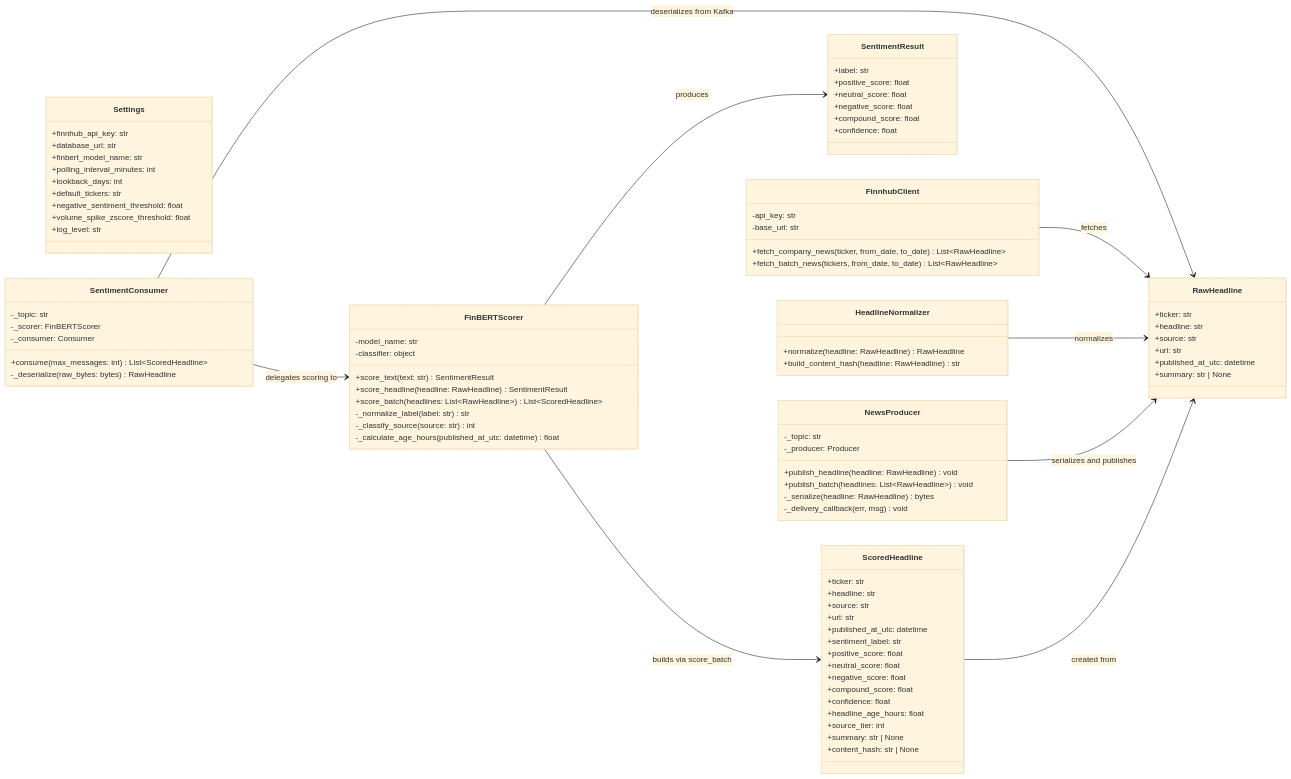
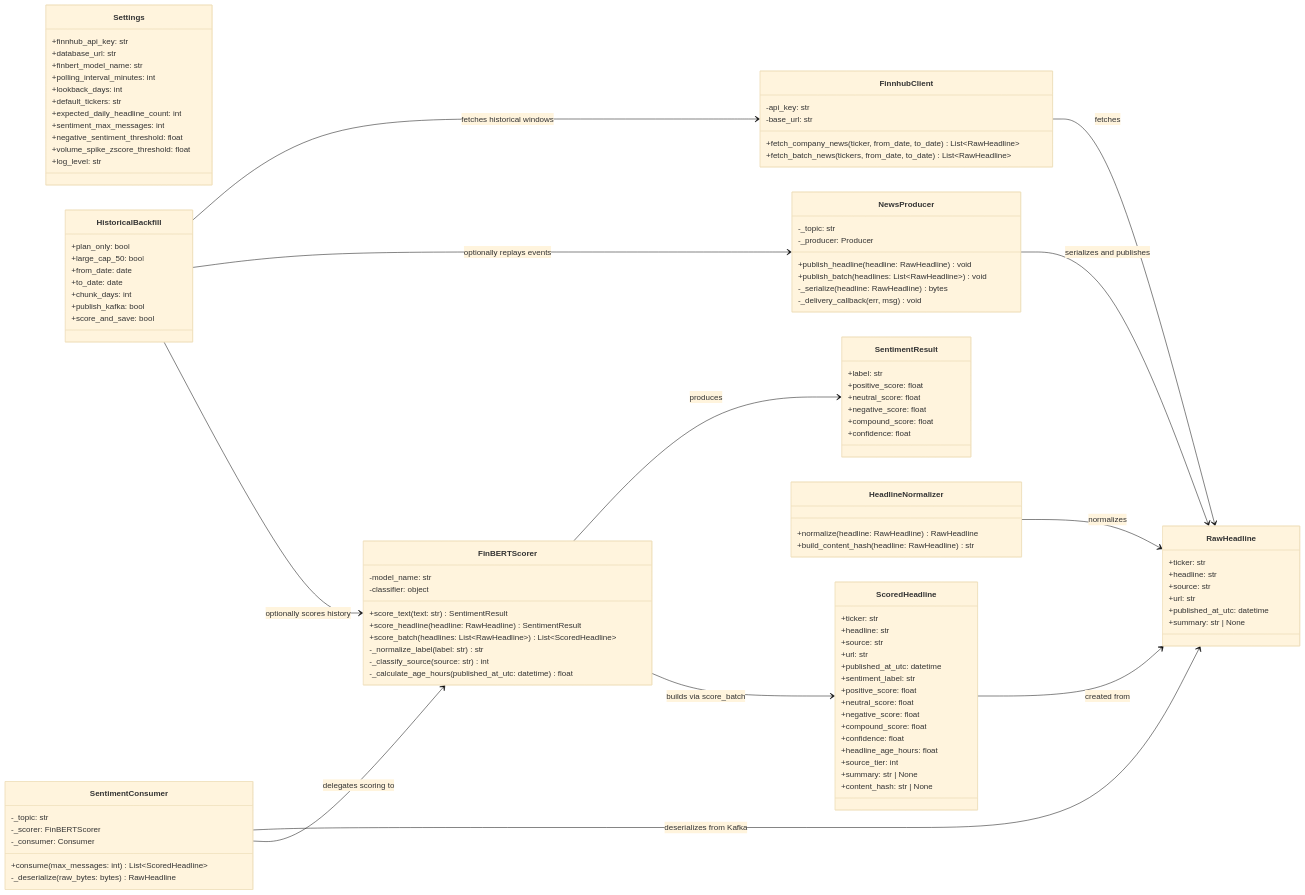
One commit to AdrianCC9/Quicksilver changed the diagram in docs/current.md. Above: the diagram before and after it, drawn with Mermaid (base theme). The commit also changed 30 other files, not shown here.

````diff
--- a/docs/current.md
+++ b/docs/current.md
@@ -10,6 +10,8 @@
   +polling_interval_minutes: int
   +lookback_days: int
   +default_tickers: str
+  +expected_daily_headline_count: int
+  +sentiment_max_messages: int
   +negative_sentiment_threshold: float
   +volume_spike_zscore_threshold: float
   +log_level: str
@@ -91,6 +93,16 @@
   -_deserialize(raw_bytes: bytes) RawHeadline
 }
 
+class HistoricalBackfill {
+  +plan_only: bool
+  +large_cap_50: bool
+  +from_date: date
+  +to_date: date
+  +chunk_days: int
+  +publish_kafka: bool
+  +score_and_save: bool
+}
+
 FinnhubClient --> RawHeadline : fetches
 HeadlineNormalizer --> RawHeadline : normalizes
 NewsProducer --> RawHeadline : serializes and publishes
@@ -99,4 +111,7 @@
 FinBERTScorer --> SentimentResult : produces
 FinBERTScorer --> ScoredHeadline : builds via score_batch
 ScoredHeadline --> RawHeadline : created from
+HistoricalBackfill --> FinnhubClient : fetches historical windows
+HistoricalBackfill --> NewsProducer : optionally replays events
+HistoricalBackfill --> FinBERTScorer : optionally scores history
 ```
````
